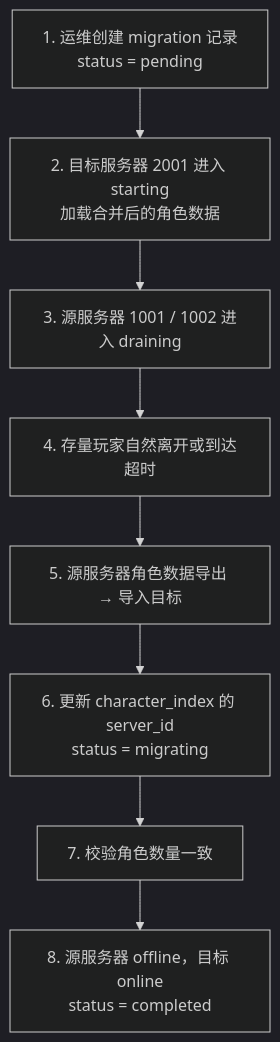
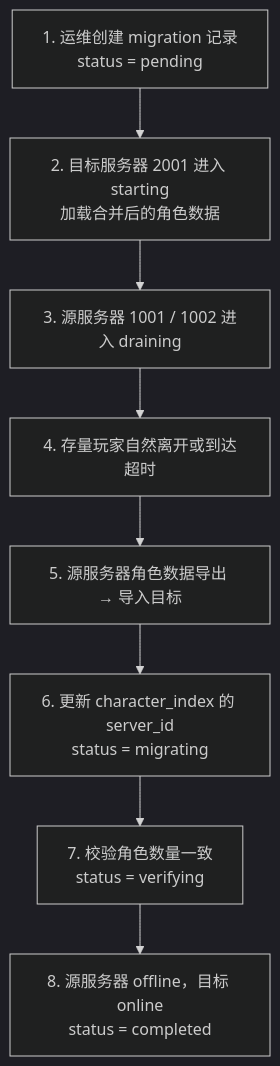
Before and after one commit to cuihairu/atlas: the second of 5 diagrams in docs/migration.md, drawn with Mermaid (dark theme). The commit also changed other lines of this file, not shown here.

Commit message:
docs: migration.md 三处失实修正 — 转服示例字段对照模型与 CreateMigrationRequest(current_server→new_server 示例值、source_server→source_servers JSONB 数组并补说明)、合服流程补 verifying 状态(对照 model MigrationStatus 六状态)

````diff
--- a/docs/migration.md
+++ b/docs/migration.md
@@ -38,12 +38,12 @@
 ```mermaid
 flowchart TB
     S1["1. 运维创建 migration 记录<br/>status = pending"]
     S2["2. 目标服务器 2001 进入 starting<br/>加载合并后的角色数据"]
     S3["3. 源服务器 1001 / 1002 进入 draining"]
     S4["4. 存量玩家自然离开或到达超时"]
     S5["5. 源服务器角色数据导出 → 导入目标"]
     S6["6. 更新 character_index 的 server_id<br/>status = migrating"]
-    S7["7. 校验角色数量一致"]
+    S7["7. 校验角色数量一致<br/>status = verifying"]
     S8["8. 源服务器 offline，目标 online<br/>status = completed"]
     S1 --> S2 --> S3 --> S4 --> S5 --> S6 --> S7 --> S8
 ```
````
